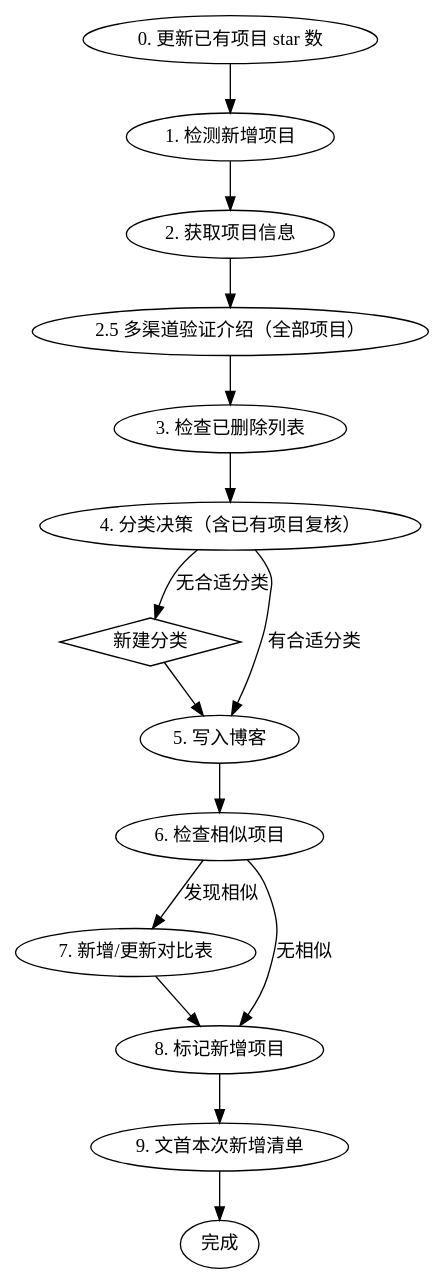
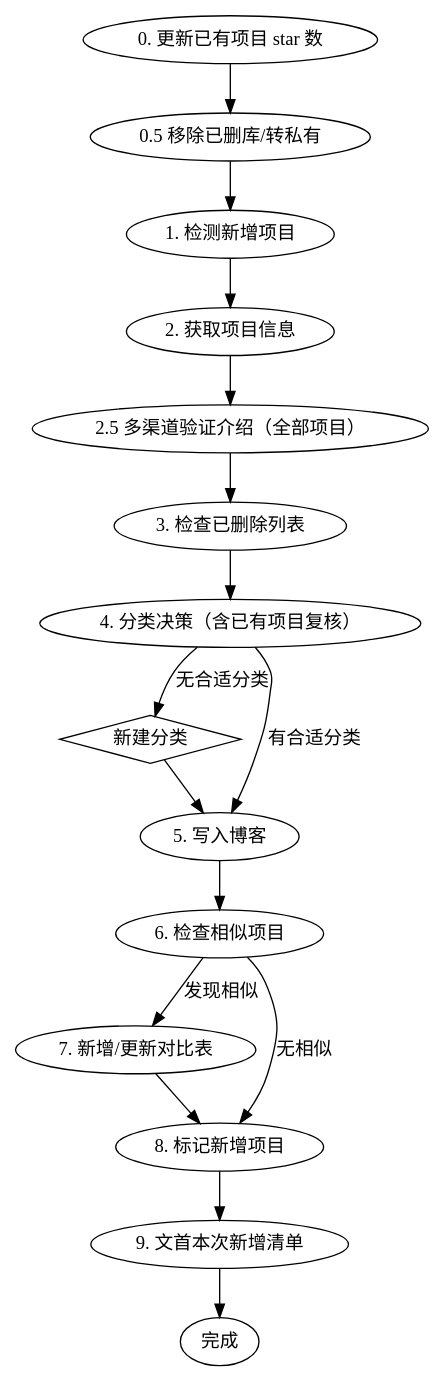
One commit to SpeechlessPanda/blog-s-code changed the diagram in .agents/skills/sync-starred-projects/SKILL.md. Above: the diagram before and after it, drawn with Graphviz. The commit also changed other lines of this file and 6 other files, not shown here.

````diff
--- a/.agents/skills/sync-starred-projects/SKILL.md
+++ b/.agents/skills/sync-starred-projects/SKILL.md
@@ -14,29 +14,30 @@
 ```dot
 digraph sync {
   rankdir=TB;
   update [label="0. 更新已有项目 star 数"];
+  purge [label="0.5 移除已删库/转私有"];
   detect [label="1. 检测新增项目"];
   info [label="2. 获取项目信息"];
   verify [label="2.5 多渠道验证介绍（全部项目）"];
   check [label="3. 检查已删除列表"];
   categorize [label="4. 分类决策（含已有项目复核）"];
   newcat [label="新建分类", shape=diamond];
   write [label="5. 写入博客"];
   similar [label="6. 检查相似项目"];
   compare [label="7. 新增/更新对比表"];
   mark [label="8. 标记新增项目"];
   changelog [label="9. 文首本次新增清单"];
   done [label="完成"];
 
-  update -> detect -> info -> verify -> check -> categorize;
+  update -> purge -> detect -> info -> verify -> check -> categorize;
   categorize -> newcat [label="无合适分类"];
   categorize -> write [label="有合适分类"];
   newcat -> write;
   write -> similar;
   similar -> compare [label="发现相似"];
   similar -> mark [label="无相似"];
   compare -> mark;
   mark -> changelog;
   changelog -> done;
 }
 ```
````
